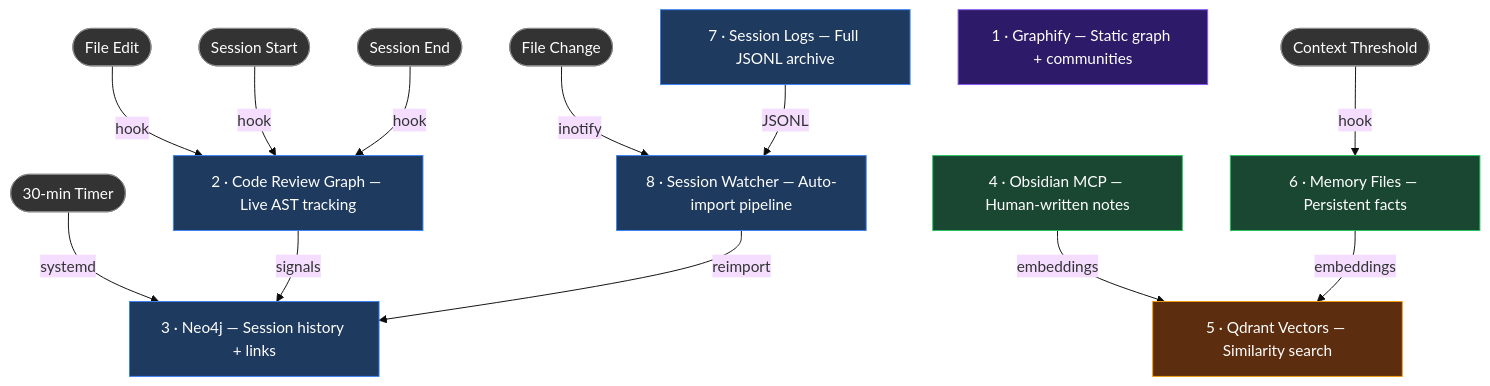
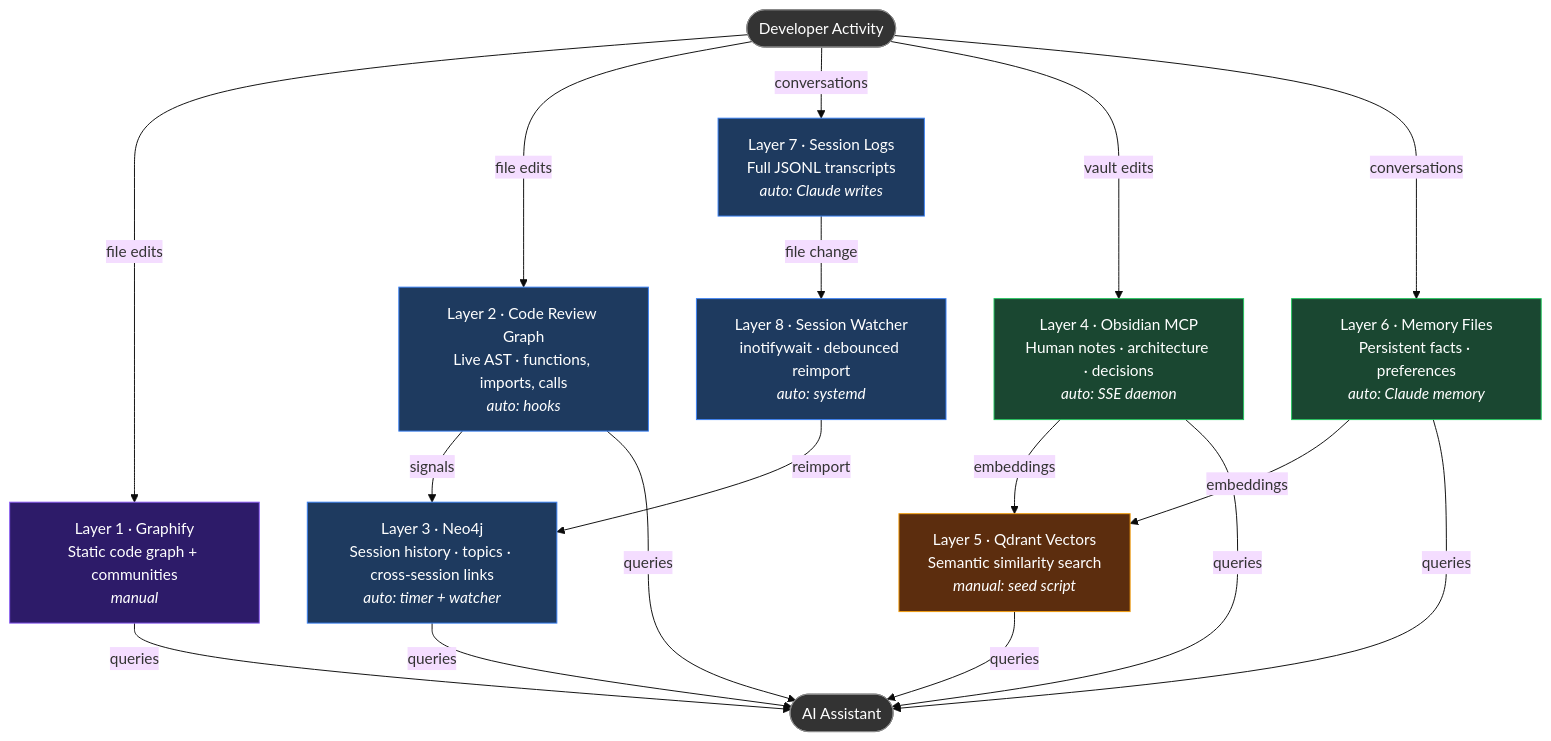
One commit to davidsly4954/8-Layer-Knowledge-Graph changed the diagram in README.md. Above: the diagram before and after it, drawn with Mermaid (base theme).

Commit message:
Redesign architecture diagram — layered top-down data flow

````diff
--- a/README.md
+++ b/README.md
@@ -21,38 +21,44 @@
 ```mermaid
 graph TD
-    T1([File Edit]) & T2([Session Start]) & T3([Session End]) & T4([30-min Timer]) & T5([File Change]) & T6([Context Threshold])
+    DEV(["Developer Activity"])
 
-    T1 & T2 & T3 -->|hook| L2
-    T4 -->|systemd| L3
-    T5 -->|inotify| L8
-    T6 -->|hook| L6
+    DEV -->|file edits| L1
+    DEV -->|file edits| L2
+    DEV -->|conversations| L7
+    DEV -->|vault edits| L4
+    DEV -->|conversations| L6
 
-    L1["1 · Graphify — Static graph + communities"]
-    L2["2 · Code Review Graph — Live AST tracking"]
-    L3["3 · Neo4j — Session history + links"]
-    L4["4 · Obsidian MCP — Human-written notes"]
-    L5["5 · Qdrant Vectors — Similarity search"]
-    L6["6 · Memory Files — Persistent facts"]
-    L7["7 · Session Logs — Full JSONL archive"]
-    L8["8 · Session Watcher — Auto-import pipeline"]
+    L1["Layer 1 · Graphify<br/>Static code graph + communities<br/><i>manual</i>"]
+    L2["Layer 2 · Code Review Graph<br/>Live AST · functions, imports, calls<br/><i>auto: hooks</i>"]
 
     L2 -->|signals| L3
-    L7 -->|JSONL| L8
+
+    L7["Layer 7 · Session Logs<br/>Full JSONL transcripts<br/><i>auto: Claude writes</i>"]
+    L4["Layer 4 · Obsidian MCP<br/>Human notes · architecture · decisions<br/><i>auto: SSE daemon</i>"]
+    L6["Layer 6 · Memory Files<br/>Persistent facts · preferences<br/><i>auto: Claude memory</i>"]
+
+    L7 -->|file change| L8
+    L8["Layer 8 · Session Watcher<br/>inotifywait · debounced reimport<br/><i>auto: systemd</i>"]
+
     L8 -->|reimport| L3
-    L4 & L6 -->|embeddings| L5
+    L3["Layer 3 · Neo4j<br/>Session history · topics · cross-session links<br/><i>auto: timer + watcher</i>"]
 
+    L4 -->|embeddings| L5
+    L6 -->|embeddings| L5
+    L5["Layer 5 · Qdrant Vectors<br/>Semantic similarity search<br/><i>manual: seed script</i>"]
+
+    L3 & L5 -->|queries| AI
+    L1 & L2 & L4 & L6 -->|queries| AI
+    AI(["AI Assistant"])
+
+    style DEV fill:#333,stroke:#888,color:#fff
+    style AI fill:#333,stroke:#888,color:#fff
     style L1 fill:#2d1b69,stroke:#8b5cf6,color:#fff
     style L2 fill:#1e3a5f,stroke:#3b82f6,color:#fff
     style L3 fill:#1e3a5f,stroke:#3b82f6,color:#fff
     style L4 fill:#1a4731,stroke:#22c55e,color:#fff
     style L5 fill:#5c2d0e,stroke:#f59e0b,color:#fff
     style L6 fill:#1a4731,stroke:#22c55e,color:#fff
     style L7 fill:#1e3a5f,stroke:#3b82f6,color:#fff
     style L8 fill:#1e3a5f,stroke:#3b82f6,color:#fff
-    style T1 fill:#333,stroke:#888,color:#fff
-    style T2 fill:#333,stroke:#888,color:#fff
-    style T3 fill:#333,stroke:#888,color:#fff
-    style T4 fill:#333,stroke:#888,color:#fff
-    style T5 fill:#333,stroke:#888,color:#fff
-    style T6 fill:#333,stroke:#888,color:#fff
 ```
````
